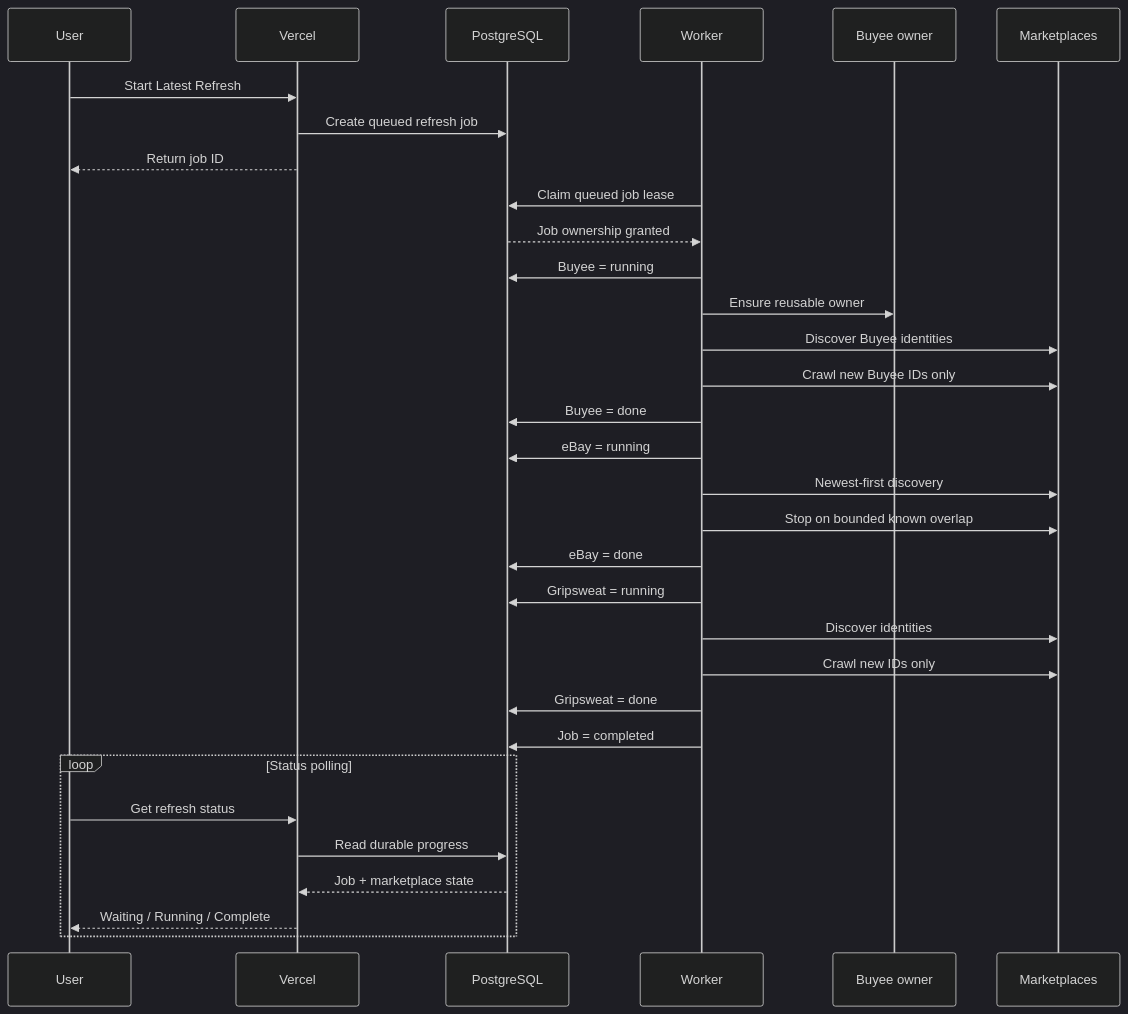
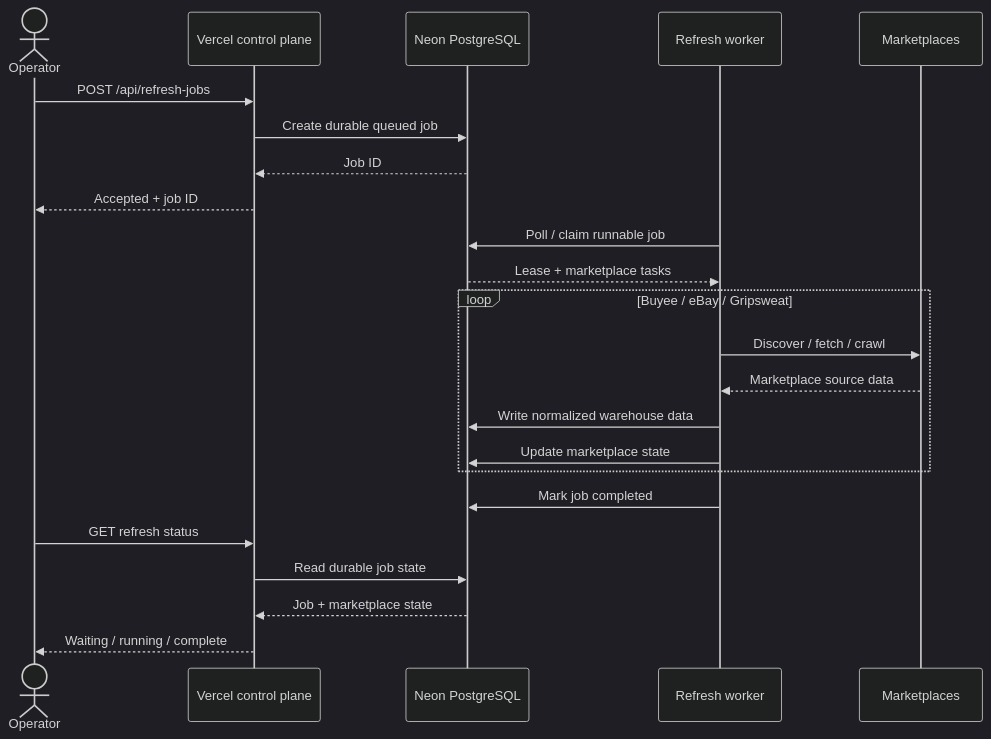
One commit to TomWang22/auction-etl changed the third of 3 diagrams in docs/ARCHITECTURE.md. Above: the diagram before and after it, drawn with Mermaid (dark theme). The commit also changed other lines of this file, not shown here.

Commit message:
docs: document Collector Ledger architecture

````diff
--- a/docs/ARCHITECTURE.md
+++ b/docs/ARCHITECTURE.md
@@ -164,41 +414,30 @@
 ```mermaid
 sequenceDiagram
-    participant U as User
-    participant V as Vercel
-    participant P as PostgreSQL
-    participant W as Worker
-    participant B as Buyee owner
+    actor Operator
+    participant V as Vercel control plane
+    participant N as Neon PostgreSQL
+    participant W as Refresh worker
     participant M as Marketplaces
 
-    U->>V: Start Latest Refresh
-    V->>P: Create queued refresh job
-    V-->>U: Return job ID
+    Operator->>V: POST /api/refresh-jobs
+    V->>N: Create durable queued job
+    N-->>V: Job ID
+    V-->>Operator: Accepted + job ID
 
-    W->>P: Claim queued job lease
-    P-->>W: Job ownership granted
+    W->>N: Poll / claim runnable job
+    N-->>W: Lease + marketplace tasks
 
-    W->>P: Buyee = running
-    W->>B: Ensure reusable owner
-    W->>M: Discover Buyee identities
-    W->>M: Crawl new Buyee IDs only
-    W->>P: Buyee = done
+    loop Buyee / eBay / Gripsweat
+        W->>M: Discover / fetch / crawl
+        M-->>W: Marketplace source data
+        W->>N: Write normalized warehouse data
+        W->>N: Update marketplace state
+    end
 
-    W->>P: eBay = running
-    W->>M: Newest-first discovery
-    W->>M: Stop on bounded known overlap
-    W->>P: eBay = done
+    W->>N: Mark job completed
 
-    W->>P: Gripsweat = running
-    W->>M: Discover identities
-    W->>M: Crawl new IDs only
-    W->>P: Gripsweat = done
-
-    W->>P: Job = completed
-
-    loop Status polling
-        U->>V: Get refresh status
-        V->>P: Read durable progress
-        P-->>V: Job + marketplace state
-        V-->>U: Waiting / Running / Complete
-    end
+    Operator->>V: GET refresh status
+    V->>N: Read durable job state
+    N-->>V: Job + marketplace state
+    V-->>Operator: Waiting / running / complete
 ```
````
